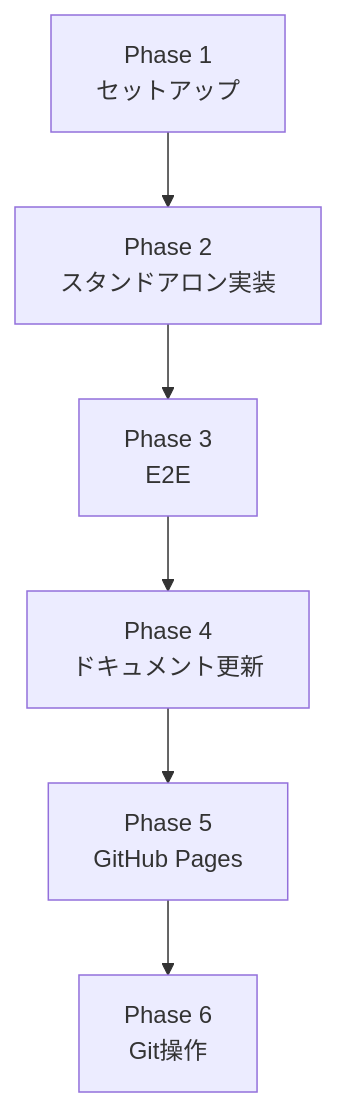
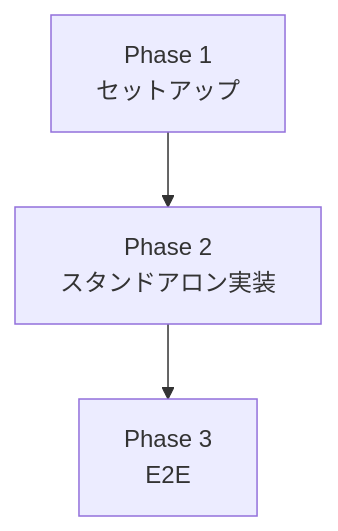
One commit to J1921604/Slide-Voice-Maker_standalone changed the second of 2 diagrams in specs/001-Slide-Voice-Maker/tasks.md. Above: the diagram before and after it, drawn with Mermaid. The commit also changed other lines of this file and 4 other files, not shown here.

````diff
--- a/specs/001-Slide-Voice-Maker/tasks.md
+++ b/specs/001-Slide-Voice-Maker/tasks.md
@@ -126,8 +84,5 @@
 ```mermaid
 flowchart TD
     P1[Phase 1<br>セットアップ] --> P2[Phase 2<br>スタンドアロン実装]
     P2 --> P3[Phase 3<br>E2E]
-    P3 --> P4[Phase 4<br>ドキュメント更新]
-    P4 --> P5[Phase 5<br>GitHub Pages]
-    P5 --> P6[Phase 6<br>Git操作]
 ```
````
